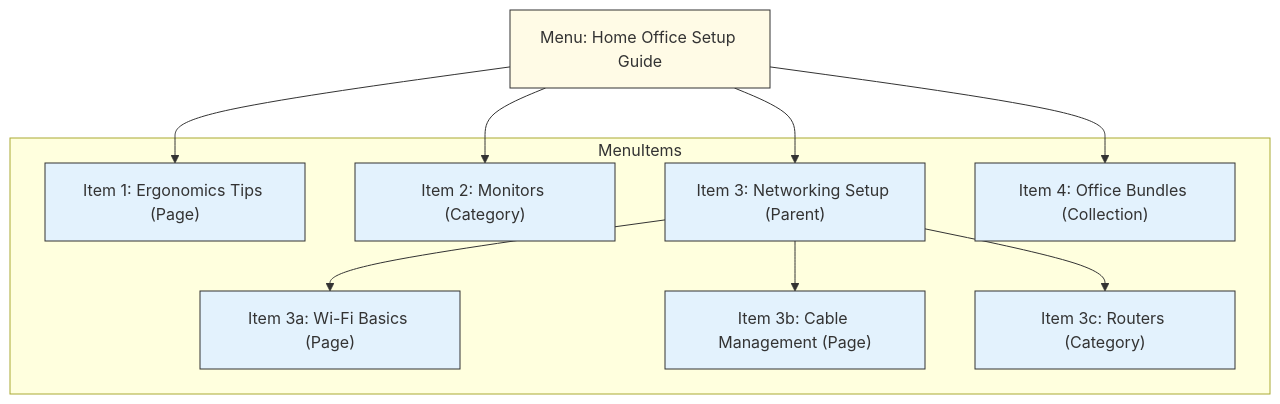
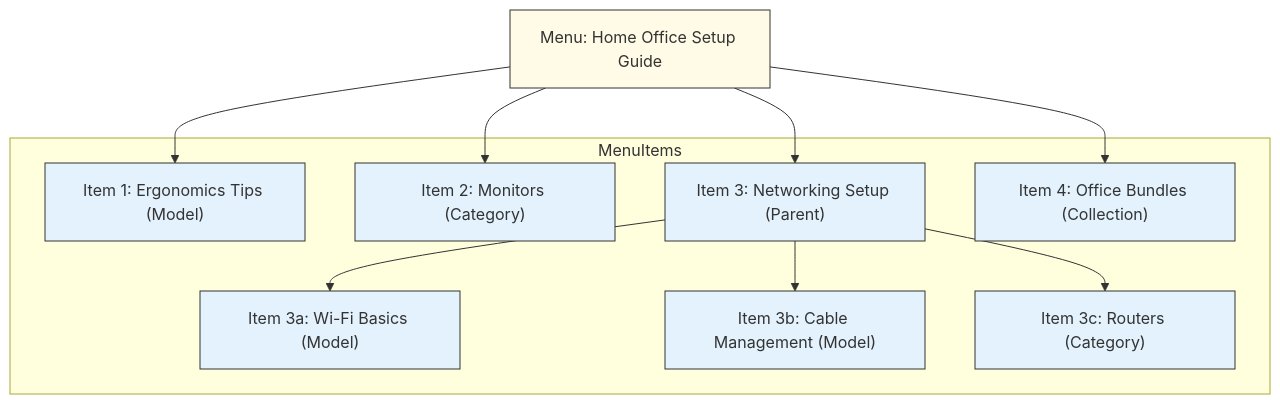
The diagram in docs/developer/menu.mdx (saleor/saleor-docs), drawn with Mermaid before and after one commit. The commit also changed other lines of this file and 6 other files, not shown here.

````diff
--- a/docs/developer/menu.mdx
+++ b/docs/developer/menu.mdx
@@ -20,29 +20,29 @@
 ```mermaid
 graph TD
     MenuGuide["Menu: Home Office Setup Guide<br/>"]
 
     subgraph MenuItems
-        ItemPageErgonomics["Item 1: Ergonomics Tips (Page)"]
+        ItemPageErgonomics["Item 1: Ergonomics Tips (Model)"]
         ItemCatMonitors["Item 2: Monitors (Category)"]
         ItemSubNetworking["Item 3: Networking Setup (Parent)"]
-            ItemPageWifi["Item 3a: Wi-Fi Basics (Page)"]
-            ItemPageCable["Item 3b: Cable Management (Page)"]
+            ItemPageWifi["Item 3a: Wi-Fi Basics (Model)"]
+            ItemPageCable["Item 3b: Cable Management (Model)"]
             ItemCatRouters["Item 3c: Routers (Category)"]
         ItemCollBundles["Item 4: Office Bundles (Collection)"]
     end
 
     %% Relationships
     MenuGuide --> ItemPageErgonomics
     MenuGuide --> ItemCatMonitors
     MenuGuide --> ItemSubNetworking
     MenuGuide --> ItemCollBundles
 
     ItemSubNetworking --> ItemPageWifi
     ItemSubNetworking --> ItemPageCable
     ItemSubNetworking --> ItemCatRouters
 
     classDef Menu fill:#fffbe6,stroke:#333,stroke-width:1px;
     classDef Item fill:#e3f2fd,stroke:#333,stroke-width:1px;
     class MenuGuide Menu;
     class ItemPageErgonomics,ItemCatMonitors,ItemSubNetworking,ItemCollBundles,ItemPageWifi,ItemPageCable,ItemCatRouters Item;
 ```
````
